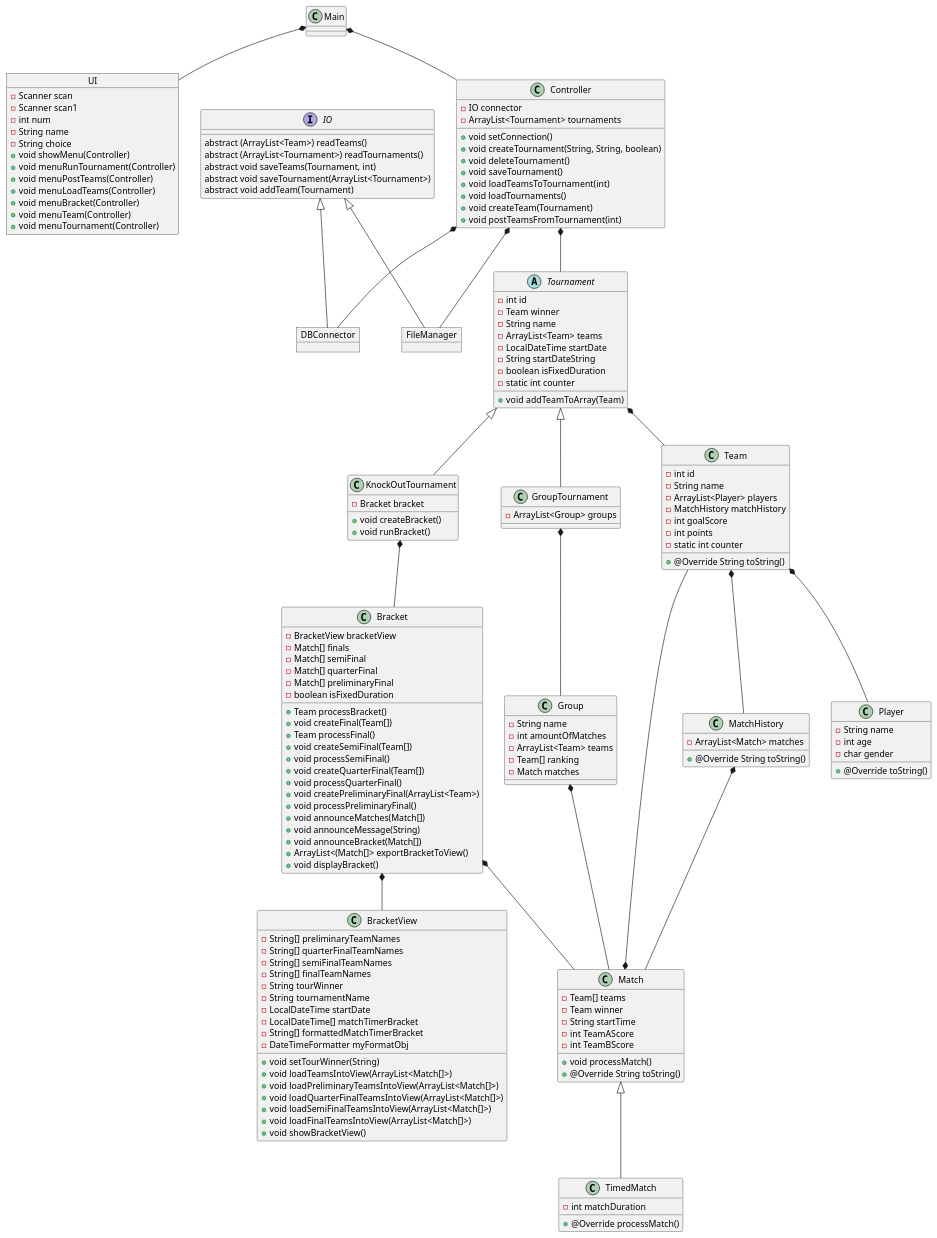
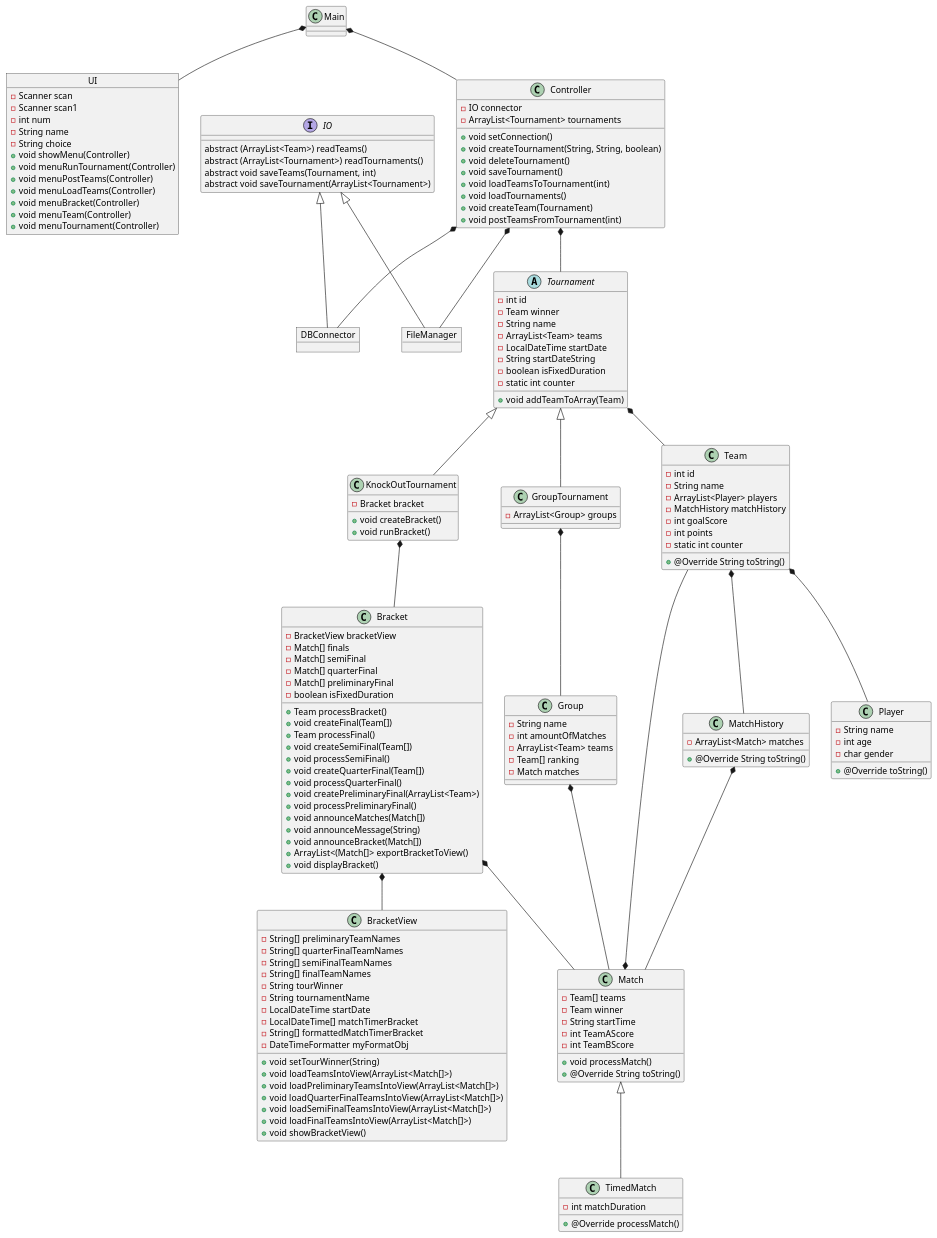
One commit to coerth/Opgaver changed the diagram in SP3/Tournament/src/Diagrams/Class DiagramV6.puml. Above: the diagram before and after it, drawn with PlantUML.

Commit message:
Update Class DiagramV6.puml

```diff
--- a/SP3/Tournament/src/Diagrams/Class DiagramV6.puml
+++ b/SP3/Tournament/src/Diagrams/Class DiagramV6.puml
@@ -1,146 +1,145 @@
 @startuml
 abstract Tournament
 object UI
 object FileManager
 object DBConnector
 interface IO
 Main *-- Controller
 Main *-- UI
 Controller *-- Tournament
 Tournament *-- Team
 KnockOutTournament *-- Bracket
 Bracket *-- Match
 Group *-- Match
 Team *-- MatchHistory
 Match *-- Team
 Team *-- Player
 MatchHistory *-- Match
 GroupTournament *-- Group
 Bracket *-- BracketView
 Tournament <|-- KnockOutTournament
 Tournament <|-- GroupTournament
 Match <|-- TimedMatch
 IO <|-- FileManager
 IO <|-- DBConnector
 Controller *-- FileManager
 Controller *-- DBConnector
 
 IO : abstract (ArrayList<Team>) readTeams()
 IO : abstract (ArrayList<Tournament>) readTournaments()
 IO : abstract void saveTeams(Tournament, int)
 IO : abstract void saveTournament(ArrayList<Tournament>)
-IO : abstract void addTeam(Tournament)
 
 UI : - Scanner scan
 UI : - Scanner scan1
 UI : - int num
 UI : - String name
 UI : - String choice
 UI : + void showMenu(Controller)
 UI : + void menuRunTournament(Controller)
 UI : + void menuPostTeams(Controller)
 UI : + void menuLoadTeams(Controller)
 UI : + void menuBracket(Controller)
 UI : + void menuTeam(Controller)
 UI : + void menuTournament(Controller)
 
 Controller : - IO connector
 Controller : - ArrayList<Tournament> tournaments
 Controller : + void setConnection()
 Controller : + void createTournament(String, String, boolean)
 Controller : + void deleteTournament()
 Controller : + void saveTournament()
 Controller : + void loadTeamsToTournament(int)
 Controller : + void loadTournaments()
 Controller : + void createTeam(Tournament)
 Controller : + void postTeamsFromTournament(int)
 
 Tournament : - int id
 Tournament : - Team winner
 Tournament : - String name
 Tournament : - ArrayList<Team> teams
 Tournament : - LocalDateTime startDate
 Tournament : - String startDateString
 Tournament : - boolean isFixedDuration
 Tournament : - static int counter
 Tournament : + void addTeamToArray(Team)
 
 KnockOutTournament : - Bracket bracket
 KnockOutTournament : + void createBracket()
 KnockOutTournament : + void runBracket()
 
 GroupTournament : - ArrayList<Group> groups
 
 Group : - String name
 Group : - int amountOfMatches
 Group : - ArrayList<Team> teams
 Group : - Team[] ranking
 Group : - Match matches
 
 Bracket : - BracketView bracketView
 Bracket : - Match[] finals
 Bracket : - Match[] semiFinal
 Bracket : - Match[] quarterFinal
 Bracket : - Match[] preliminaryFinal
 Bracket : - boolean isFixedDuration
 Bracket : + Team processBracket()
 Bracket : + void createFinal(Team[])
 Bracket : + Team processFinal()
 Bracket : + void createSemiFinal(Team[])
 Bracket : + void processSemiFinal()
 Bracket : + void createQuarterFinal(Team[])
 Bracket : + void processQuarterFinal()
 Bracket : + void createPreliminaryFinal(ArrayList<Team>)
 Bracket : + void processPreliminaryFinal()
 Bracket : + void announceMatches(Match[])
 Bracket : + void announceMessage(String)
 Bracket : + void announceBracket(Match[])
 Bracket : + ArrayList<(Match[]> exportBracketToView()
 Bracket : + void displayBracket()
 
 BracketView : - String[] preliminaryTeamNames
 BracketView : - String[] quarterFinalTeamNames
 BracketView : - String[] semiFinalTeamNames
 BracketView : - String[] finalTeamNames
 BracketView : - String tourWinner
 BracketView : - String tournamentName
 BracketView : - LocalDateTime startDate
 BracketView : - LocalDateTime[] matchTimerBracket
 BracketView : - String[] formattedMatchTimerBracket
 BracketView : - DateTimeFormatter myFormatObj
 BracketView : + void setTourWinner(String)
 BracketView : + void loadTeamsIntoView(ArrayList<Match[]>)
 BracketView : + void loadPreliminaryTeamsIntoView(ArrayList<Match[]>)
 BracketView : + void loadQuarterFinalTeamsIntoView(ArrayList<Match[]>)
 BracketView : + void loadSemiFinalTeamsIntoView(ArrayList<Match[]>)
 BracketView : + void loadFinalTeamsIntoView(ArrayList<Match[]>)
 BracketView : + void showBracketView()
 
 MatchHistory : - ArrayList<Match> matches
 MatchHistory : + @Override String toString()
 
 Match : - Team[] teams
 Match : - Team winner
 Match : - String startTime
 Match : - int TeamAScore
 Match : - int TeamBScore
 Match : + void processMatch()
 Match : + @Override String toString()
 
 TimedMatch : - int matchDuration
 TimedMatch : + @Override processMatch()
 
 Team : - int id
 Team : - String name
 Team : - ArrayList<Player> players
 Team : - MatchHistory matchHistory
 Team : - int goalScore
 Team : - int points
 Team : - static int counter
 Team : + @Override String toString()
 
 Player : - String name
 Player : - int age
 Player : - char gender
 Player : + @Override toString()
 @enduml
```
